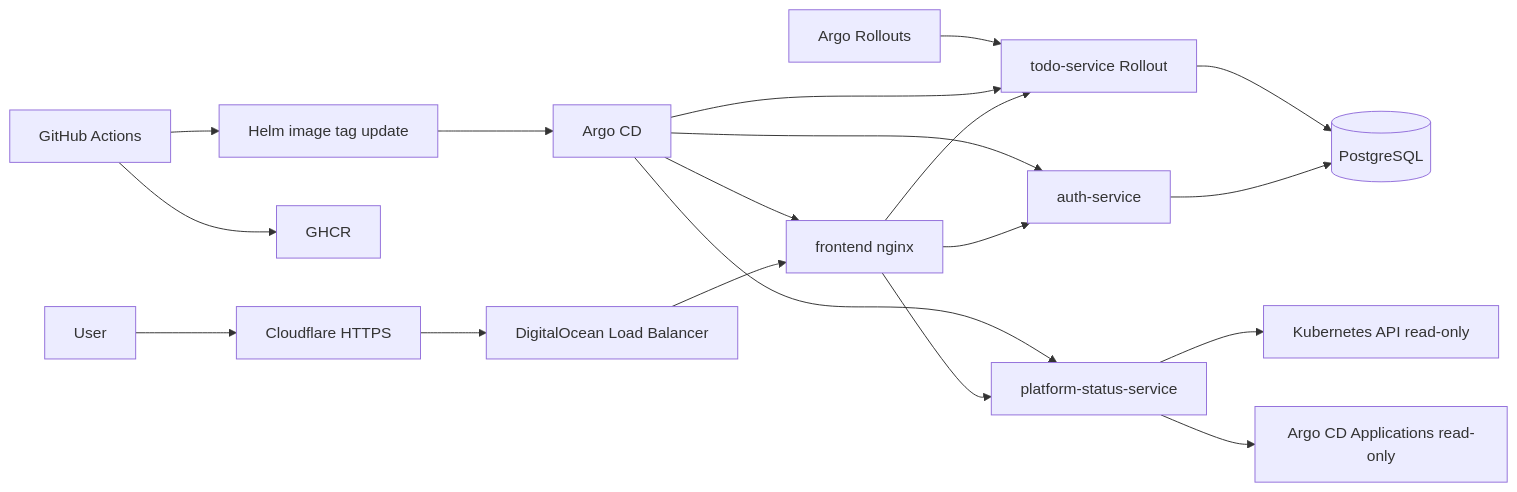
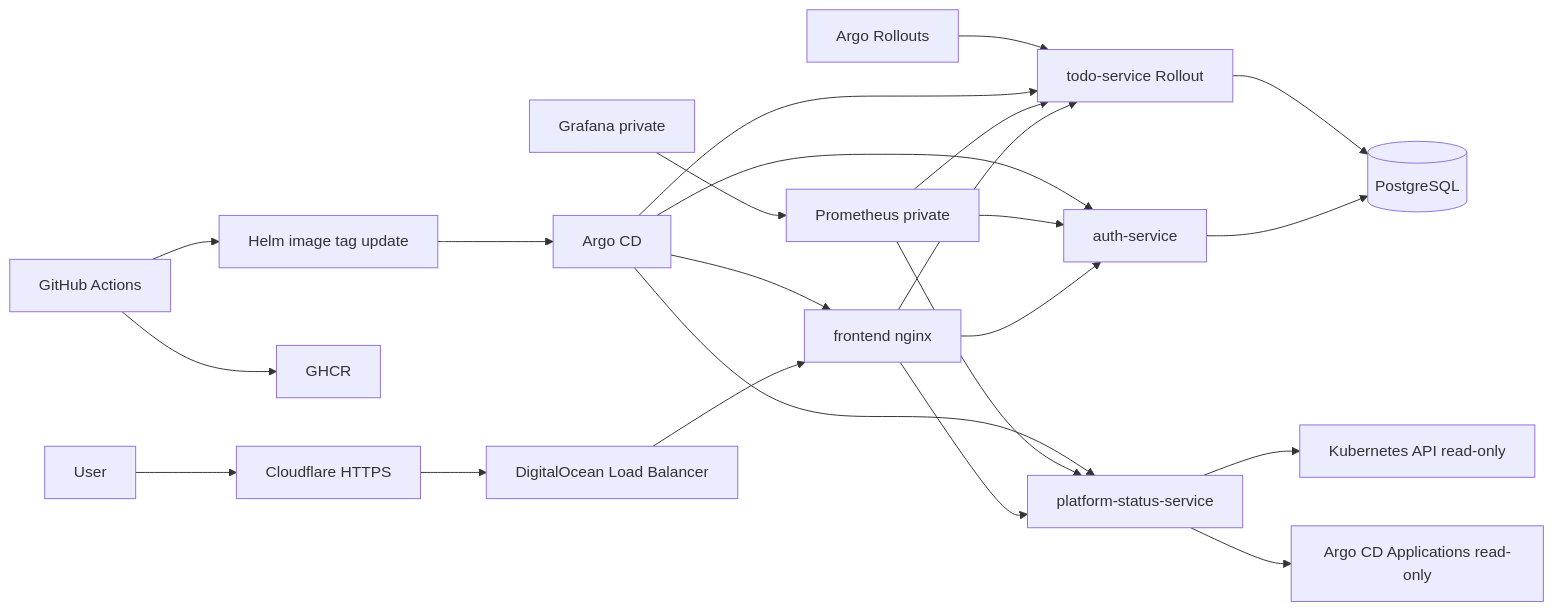
The diagram in README.md (SkyShineTH/Shipyard), drawn with Mermaid before and after one commit. The commit also changed other lines of this file and 4 other files, not shown here.

````diff
--- a/README.md
+++ b/README.md
@@ -43,22 +49,26 @@
 ```mermaid
 flowchart LR
   user[User] --> cf[Cloudflare HTTPS]
   cf --> lb[DigitalOcean Load Balancer]
   lb --> fe[frontend nginx]
   fe --> auth[auth-service]
   fe --> todo[todo-service Rollout]
   fe --> platform[platform-status-service]
   platform --> kube[Kubernetes API read-only]
   platform --> apps[Argo CD Applications read-only]
+  prometheus[Prometheus private] --> auth
+  prometheus --> todo
+  prometheus --> platform
+  grafana[Grafana private] --> prometheus
   auth --> db[(PostgreSQL)]
   todo --> db
 
   ci[GitHub Actions] --> ghcr[GHCR]
   ci --> values[Helm image tag update]
   values --> argo[Argo CD]
   argo --> fe
   argo --> auth
   argo --> todo
   argo --> platform
   rollouts[Argo Rollouts] --> todo
 ```
````
